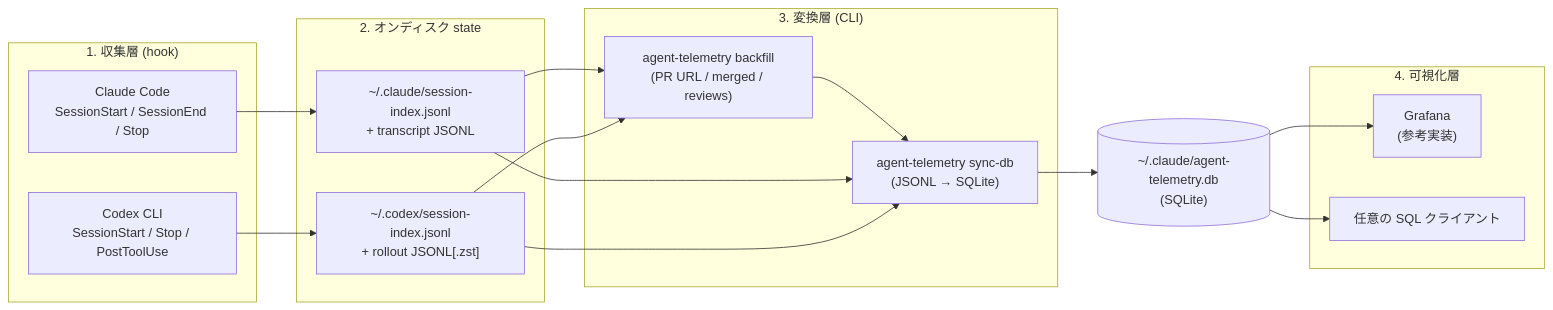
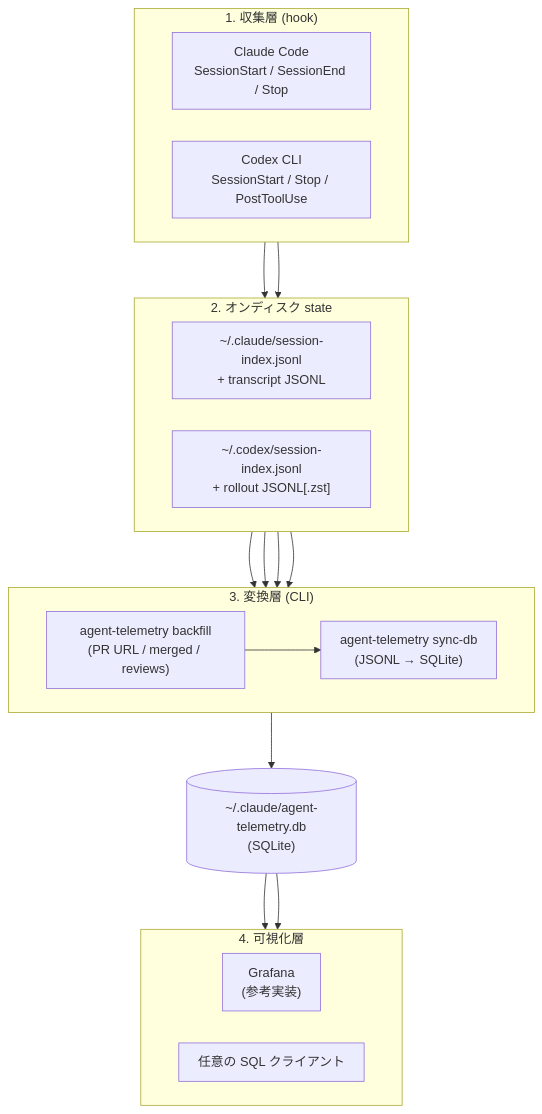
The diagram in site/content/explain/architecture/index.md (ishii1648/hitl-metrics), drawn with Mermaid before and after one commit.

Commit message:
docs(site): switch architecture mermaid to TB so labels are legible
intent(architecture-diagram): 図が小さくて見えないので可読性を上げたい
decision(architecture-diagram): flowchart を TB に切り替え、subgraph 内のみ direction LR で 2 ノード横並びにすることで、各ノードがコンテンツ幅の半分を使えるようにした
rejected(architecture-diagram): LR のまま init で fontSize だけ上げる案 — 4 列 × 2 行で 1 ノード ~150px に詰まる根本制約は解消できないため見送り

````diff
--- a/site/content/explain/architecture/index.md
+++ b/site/content/explain/architecture/index.md
@@ -10,35 +10,40 @@
 ```mermaid
-flowchart LR
+%%{init: {'flowchart': {'nodeSpacing': 40, 'rankSpacing': 70, 'padding': 12}, 'themeVariables': {'fontSize': '16px'}}}%%
+flowchart TB
     subgraph collect["1. 収集層 (hook)"]
+        direction LR
         CC["Claude Code<br/>SessionStart / SessionEnd / Stop"]
         CX["Codex CLI<br/>SessionStart / Stop / PostToolUse"]
     end
 
     subgraph files["2. オンディスク state"]
+        direction LR
         CCJ["~/.claude/session-index.jsonl<br/>+ transcript JSONL"]
         CXJ["~/.codex/session-index.jsonl<br/>+ rollout JSONL[.zst]"]
     end
 
     subgraph transform["3. 変換層 (CLI)"]
+        direction LR
         BF["agent-telemetry backfill<br/>(PR URL / merged / reviews)"]
         SD["agent-telemetry sync-db<br/>(JSONL → SQLite)"]
     end
 
     DB[("~/.claude/agent-telemetry.db<br/>(SQLite)")]
 
     subgraph viz["4. 可視化層"]
+        direction LR
         GR["Grafana<br/>(参考実装)"]
         SQL["任意の SQL クライアント"]
     end
 
     CC --> CCJ
     CX --> CXJ
     CCJ --> BF
     CXJ --> BF
     BF --> SD
     CCJ --> SD
     CXJ --> SD
     SD --> DB
     DB --> GR
     DB --> SQL
 ```
````
